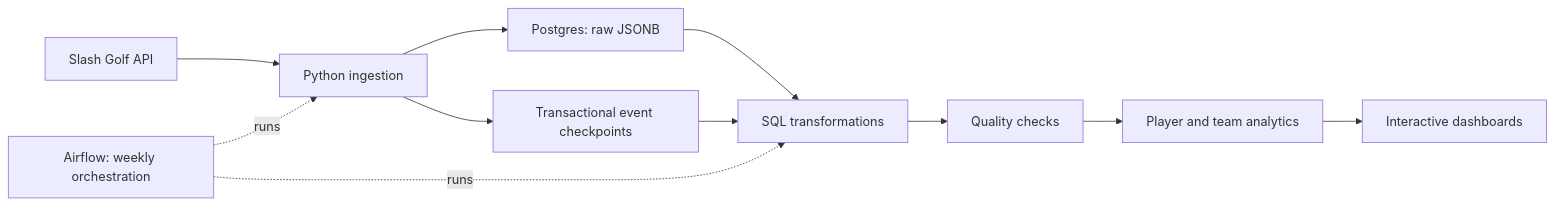
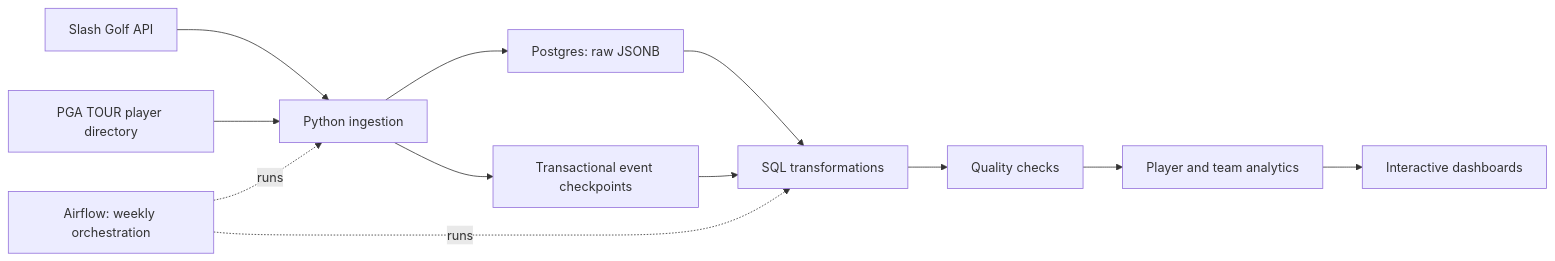
Before and after one commit to chrisrichnow/golf-de-pipeline: the diagram in README.md, drawn with Mermaid. The commit also changed other lines of this file and 21 other files, not shown here.

First line of the commit message:
Rebrand dashboard as PGA Analytics with headshots, logos, and player countries

````diff
--- a/README.md
+++ b/README.md
@@ -32,13 +33,14 @@
 ```mermaid
 flowchart LR
     API[Slash Golf API] --> Python[Python ingestion]
+    Directory[PGA TOUR player directory] --> Python
     Python --> Raw[Postgres: raw JSONB]
     Python --> Ops[Transactional event checkpoints]
     Raw --> SQL[SQL transformations]
     Ops --> SQL
     SQL --> Checks[Quality checks]
     Checks --> Analytics[Player and team analytics]
     Analytics --> UI[Interactive dashboards]
     Airflow[Airflow: weekly orchestration] -. runs .-> Python
     Airflow -. runs .-> SQL
 ```
````
